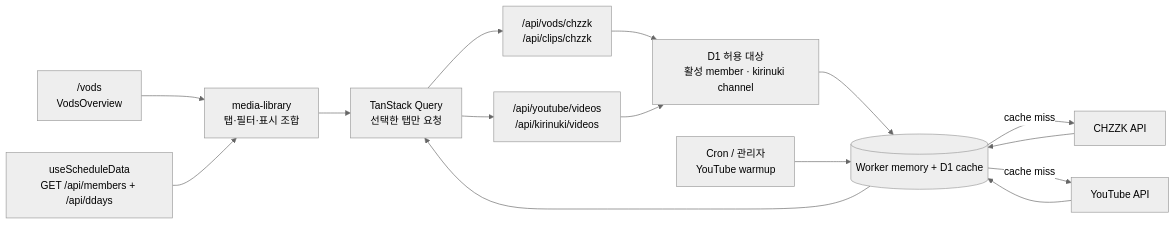
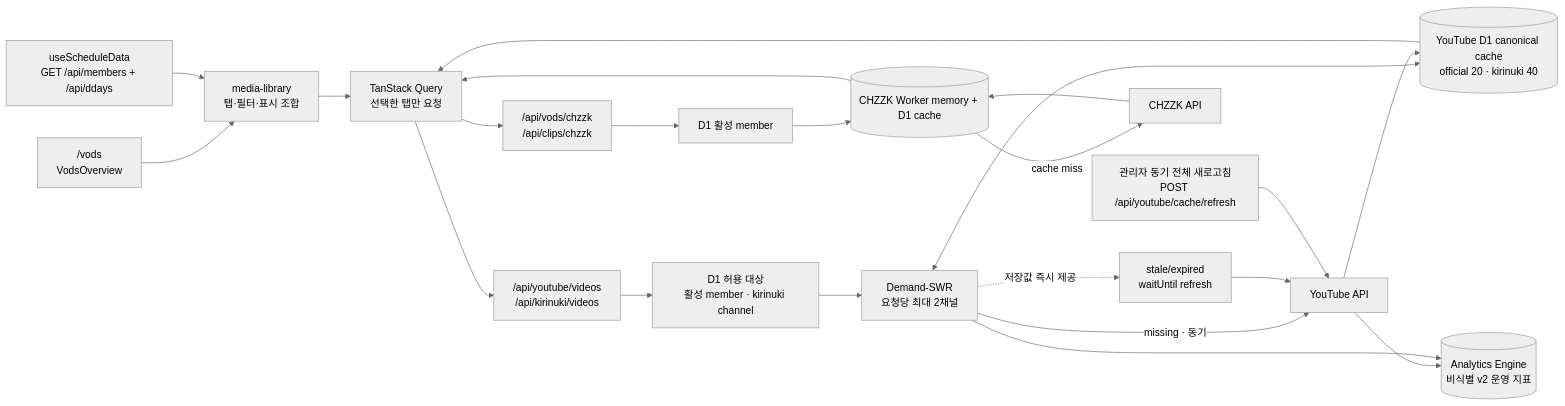
The sixth of 10 diagrams in docs/architecture.md (rlatmfrl24/overthewall-schedule), drawn with Mermaid (neutral theme) before and after one commit. The commit also changed other lines of this file and 146 other files, not shown here.

First line of the commit message:
Stabilize scheduled operations and YouTube demand cache (#93)

````diff
--- a/docs/architecture.md
+++ b/docs/architecture.md
@@ -447,29 +447,41 @@
 ```mermaid
 flowchart LR
   page["/vods<br/>VodsOverview"]
   members["useScheduleData<br/>GET /api/members + /api/ddays"]
   mediaUi["media-library<br/>탭·필터·표시 조합"]
   query["TanStack Query<br/>선택한 탭만 요청"]
   chzzkRoute["/api/vods/chzzk<br/>/api/clips/chzzk"]
   youtubeRoute["/api/youtube/videos<br/>/api/kirinuki/videos"]
-  allowlist["D1 허용 대상<br/>활성 member · kirinuki channel"]
-  cache[("Worker memory + D1 cache")]
+  chzzkAllowlist["D1 활성 member"]
+  youtubeAllowlist["D1 허용 대상<br/>활성 member · kirinuki channel"]
+  chzzkCache[("CHZZK Worker memory + D1 cache")]
+  youtubeCache[("YouTube D1 canonical cache<br/>official 20 · kirinuki 40")]
+  swr["Demand-SWR<br/>요청당 최대 2채널"]
+  waitUntil["stale/expired<br/>waitUntil refresh"]
+  manual["관리자 동기 전체 새로고침<br/>POST /api/youtube/cache/refresh"]
+  analytics[("Analytics Engine<br/>비식별 v2 운영 지표")]
   chzzkApi["CHZZK API"]
   youtubeApi["YouTube API"]
-  warmup["Cron / 관리자<br/>YouTube warmup"]
 
   page --> mediaUi
   members --> mediaUi
   mediaUi --> query
   query --> chzzkRoute
   query --> youtubeRoute
-  chzzkRoute --> allowlist
-  youtubeRoute --> allowlist
-  allowlist --> cache
-  cache -->|"cache miss"| chzzkApi
-  cache -->|"cache miss"| youtubeApi
-  warmup --> cache
-  chzzkApi --> cache
-  youtubeApi --> cache
-  cache --> query
+  chzzkRoute --> chzzkAllowlist
+  youtubeRoute --> youtubeAllowlist
+  chzzkAllowlist --> chzzkCache
+  youtubeAllowlist --> swr
+  swr <--> youtubeCache
+  chzzkCache -->|"cache miss"| chzzkApi
+  swr -->|"missing · 동기"| youtubeApi
+  swr -. "저장값 즉시 제공" .-> waitUntil
+  waitUntil --> youtubeApi
+  manual --> youtubeApi
+  youtubeApi --> analytics
+  swr --> analytics
+  chzzkApi --> chzzkCache
+  youtubeApi --> youtubeCache
+  chzzkCache --> query
+  youtubeCache --> query
 ```
````
